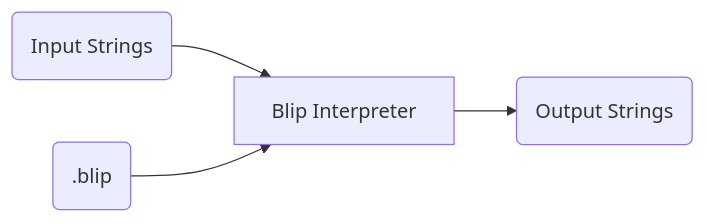
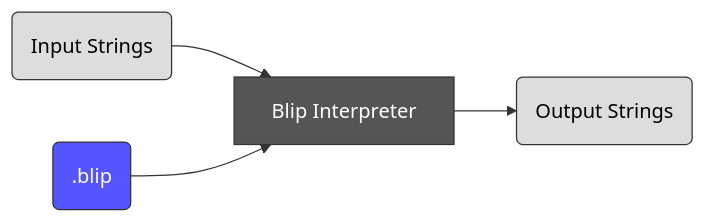
The second of 3 diagrams in docs/design.md (psysrc/blip), drawn with Mermaid before and after one commit. The commit also changed other lines of this file, not shown here.

Commit message:
Improved colouring on the design Mermaid diagrams

````diff
--- a/docs/design.md
+++ b/docs/design.md
@@ -40,10 +44,15 @@
 ```mermaid
 flowchart LR
     i(Input Strings)
     o(Output Strings)
     blip(.blip)
     interpreter[Blip Interpreter]
 
     i --> interpreter
     blip --> interpreter --> o
+
+    style blip fill:#55f,color:#fff,stroke:#333
+    style interpreter fill:#555,color:#fff,stroke:#333
+    style i fill:#ddd,color:#000,stroke:#333
+    style o fill:#ddd,color:#000,stroke:#333
 ```
````
